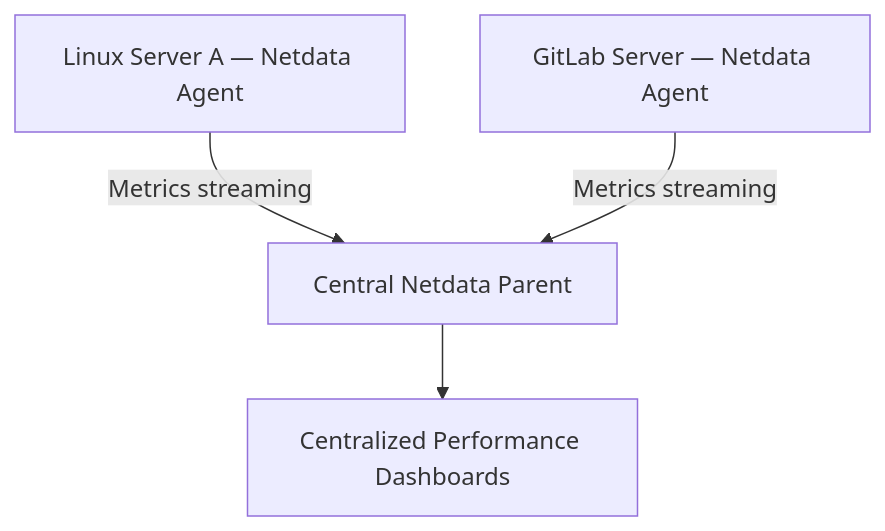
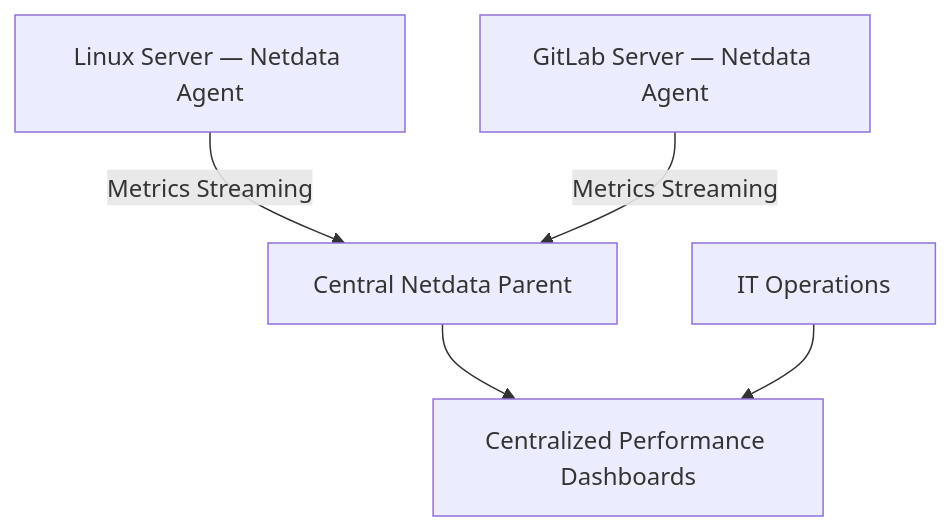
The diagram in docs/netdata-parent-agent-monitoring.md (elahegivi/enterprise-infrastructure-monitoring), drawn with Mermaid before and after one commit. The commit also changed other lines of this file, not shown here.

Commit message:
Refine Netdata Parent-Agent monitoring documentation

````diff
--- a/docs/netdata-parent-agent-monitoring.md
+++ b/docs/netdata-parent-agent-monitoring.md
@@ -27,11 +28,13 @@
 ```mermaid
 flowchart TB
-    A["Linux Server A — Netdata Agent"]
+    A["Linux Server — Netdata Agent"]
     B["GitLab Server — Netdata Agent"]
     P["Central Netdata Parent"]
     D["Centralized Performance Dashboards"]
+    OPS["IT Operations"]
 
-    A -->|"Metrics streaming"| P
-    B -->|"Metrics streaming"| P
+    A -->|"Metrics Streaming"| P
+    B -->|"Metrics Streaming"| P
     P --> D
+    OPS --> D
 ```
````
